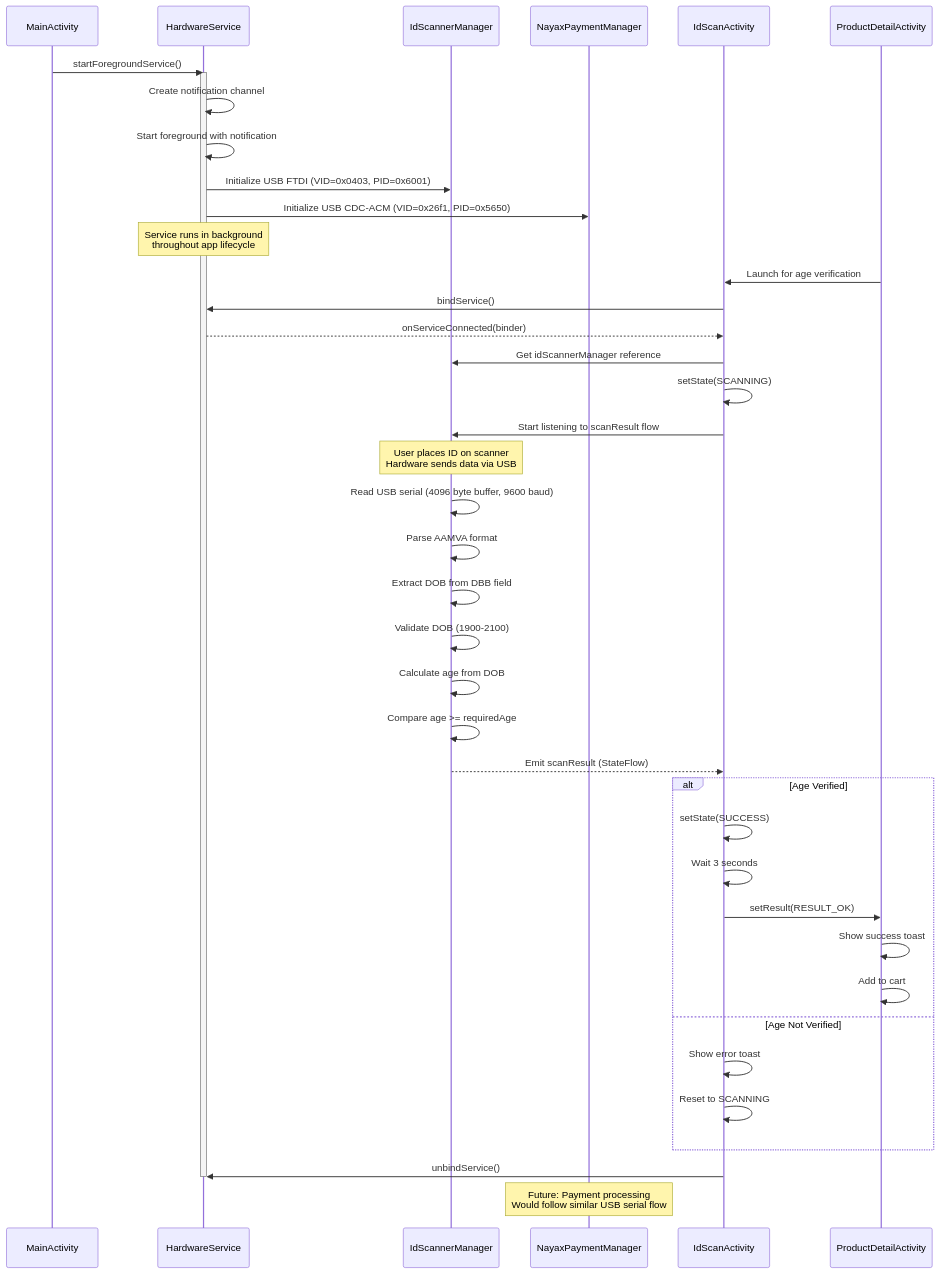
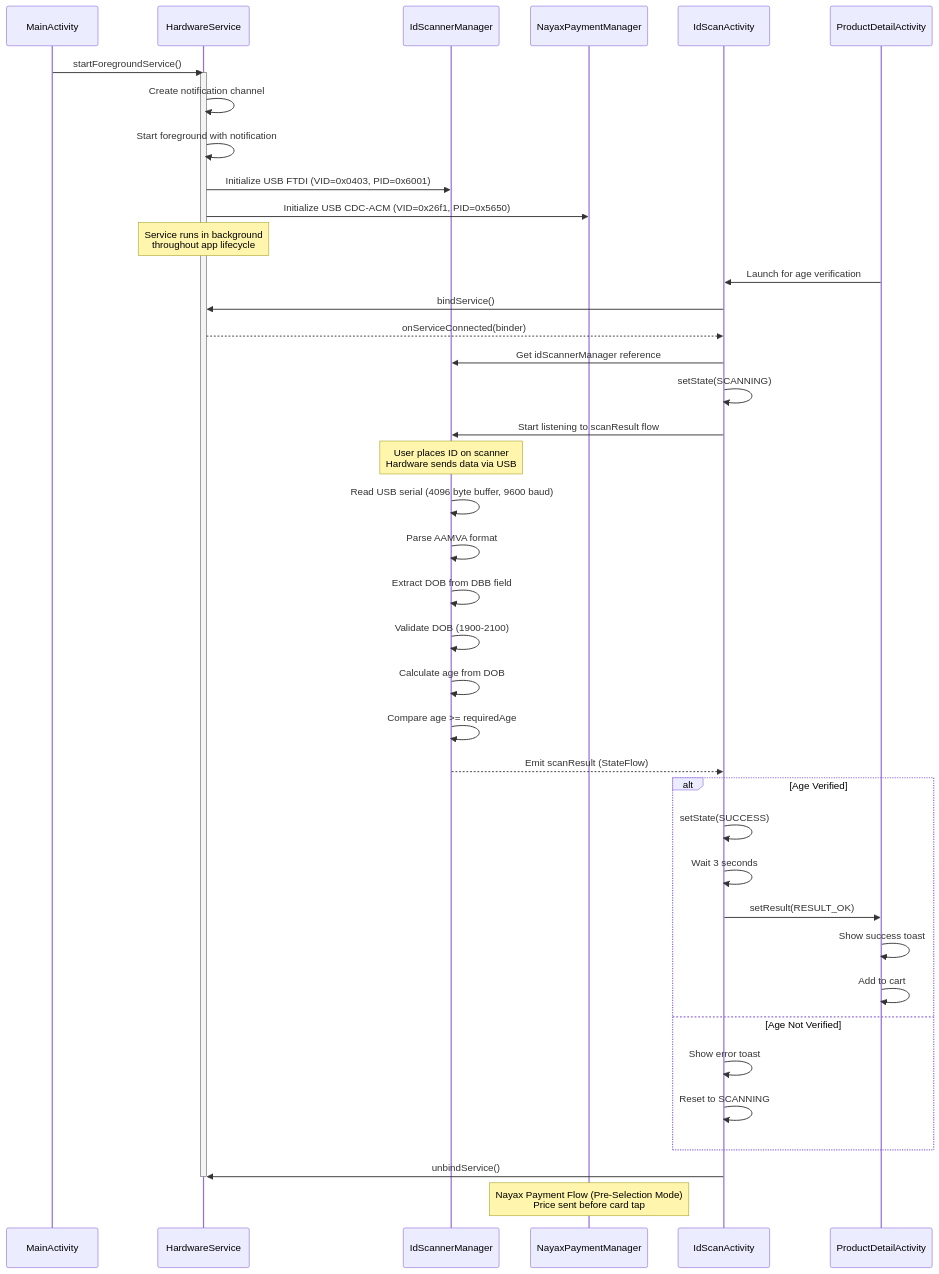
The seventh of 17 diagrams in .claude/ZOOTBOX_APPLICATION_FLOW.md (klhiggin96/zootbox), drawn with Mermaid before and after one commit. The commit also changed other lines of this file and 3 other files, not shown here.

First line of the commit message:
fix: Enable motor dispensing after Nayax payment approval

````diff
--- a/.claude/ZOOTBOX_APPLICATION_FLOW.md
+++ b/.claude/ZOOTBOX_APPLICATION_FLOW.md
@@ -313,51 +313,51 @@
 ```mermaid
 sequenceDiagram
     participant MA as MainActivity
     participant HS as HardwareService
     participant ISM as IdScannerManager
     participant NPM as NayaxPaymentManager
     participant ISA as IdScanActivity
     participant PDA as ProductDetailActivity
 
     MA->>HS: startForegroundService()
     activate HS
     HS->>HS: Create notification channel
     HS->>HS: Start foreground with notification
     HS->>ISM: Initialize USB FTDI (VID=0x0403, PID=0x6001)
     HS->>NPM: Initialize USB CDC-ACM (VID=0x26f1, PID=0x5650)
     Note over HS: Service runs in background<br/>throughout app lifecycle
 
     PDA->>ISA: Launch for age verification
     ISA->>HS: bindService()
     HS-->>ISA: onServiceConnected(binder)
     ISA->>ISM: Get idScannerManager reference
 
     ISA->>ISA: setState(SCANNING)
     ISA->>ISM: Start listening to scanResult flow
 
     Note over ISM: User places ID on scanner<br/>Hardware sends data via USB
 
     ISM->>ISM: Read USB serial (4096 byte buffer, 9600 baud)
     ISM->>ISM: Parse AAMVA format
     ISM->>ISM: Extract DOB from DBB field
     ISM->>ISM: Validate DOB (1900-2100)
     ISM->>ISM: Calculate age from DOB
     ISM->>ISM: Compare age >= requiredAge
     ISM-->>ISA: Emit scanResult (StateFlow)
 
     alt Age Verified
         ISA->>ISA: setState(SUCCESS)
         ISA->>ISA: Wait 3 seconds
         ISA->>PDA: setResult(RESULT_OK)
         PDA->>PDA: Show success toast
         PDA->>PDA: Add to cart
     else Age Not Verified
         ISA->>ISA: Show error toast
         ISA->>ISA: Reset to SCANNING
     end
 
     ISA->>HS: unbindService()
     deactivate HS
 
-    Note over NPM: Future: Payment processing<br/>Would follow similar USB serial flow
+    Note over NPM: Nayax Payment Flow (Pre-Selection Mode)<br/>Price sent before card tap
 ```
````
